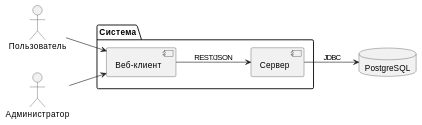
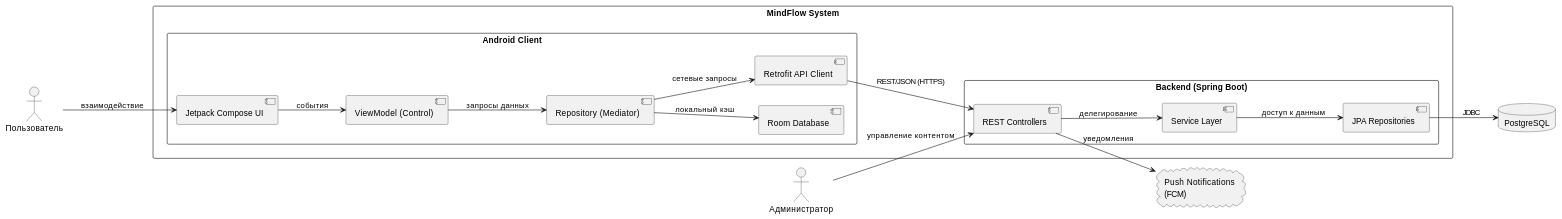
The first of 3 diagrams in docs/02-architecture/arc42-overview.md (Diana130613/MindFlow), drawn with PlantUML before and after one commit. The commit also changed other lines of this file and 18 other files, not shown here.

Commit message:
project, req and architecture

````diff
--- a/docs/02-architecture/arc42-overview.md
+++ b/docs/02-architecture/arc42-overview.md
@@ -70,21 +92,42 @@
 ```plantuml
 @startuml
 left to right direction
+skinparam packageStyle rectangle
 
 actor "Пользователь" as User
 actor "Администратор" as Admin
 
-package "Система" {
-    [Веб-клиент] as Web
-    [Сервер] as Server
+package "MindFlow System" {
+
+    package "Android Client" {
+        [Jetpack Compose UI] as UI
+        [ViewModel (Control)] as VM
+        [Repository (Mediator)] as Repo
+        [Room Database] as Room
+        [Retrofit API Client] as Retrofit
+    }
+
+    package "Backend (Spring Boot)" {
+        [REST Controllers] as Controllers
+        [Service Layer] as Services
+        [JPA Repositories] as JpaRepos
+    }
 }
 
 database "PostgreSQL" as DB
+cloud "Push Notifications\n(FCM)" as FCM
 
-User --> Web
-Admin --> Web
-Web --> Server : REST/JSON
-Server --> DB : JDBC
+User    --> UI       : взаимодействие
+Admin   --> Controllers : управление контентом
+UI      --> VM       : события
+VM      --> Repo     : запросы данных
+Repo    --> Room     : локальный кэш
+Repo    --> Retrofit : сетевые запросы
+Retrofit --> Controllers : REST/JSON (HTTPS)
+Controllers --> Services : делегирование
+Services --> JpaRepos : доступ к данным
+JpaRepos --> DB      : JDBC
+Controllers --> FCM  : уведомления
 
 @enduml
 ```
````
